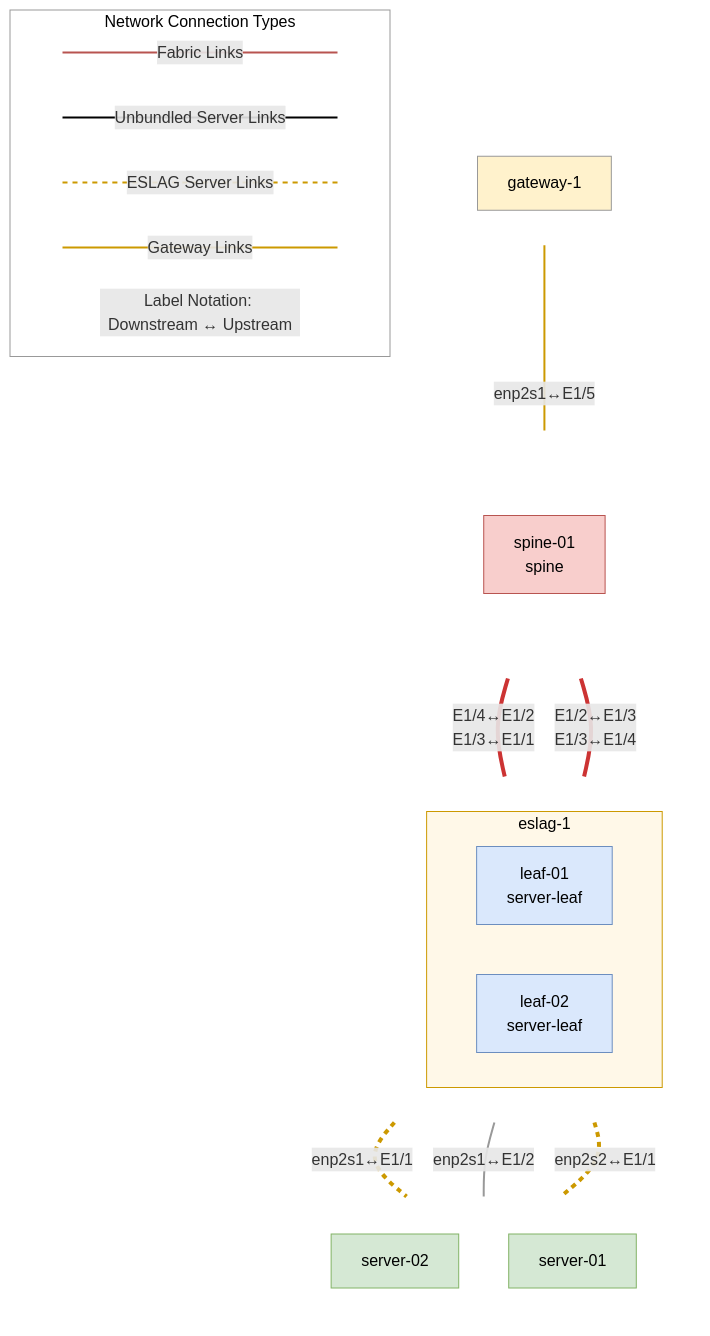
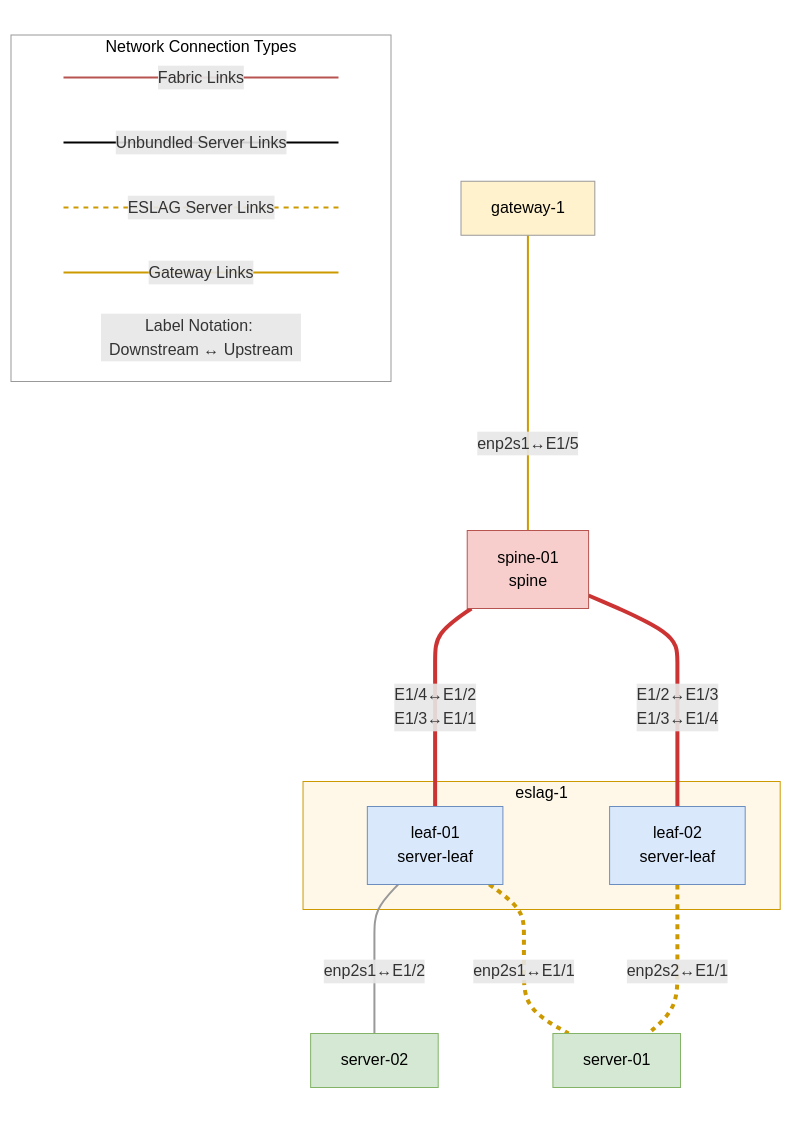
Before and after one commit to githedgehog/docs: the third of 3 diagrams in docs/vlab/running.md, drawn with Mermaid. The commit also changed other lines of this file and 2 other files, not shown here.

Commit message:
fix: mermaid rendering bug

```diff
--- a/docs/vlab/running.md
+++ b/docs/vlab/running.md
@@ -343,22 +343,22 @@
 
 %% Network diagram
 subgraph Gateways[" "]
-	direction LR
+	%%direction LR
 	Gateway_1["gateway-1"]
 end
 
 subgraph Spines[" "]
-	direction LR
+	%%direction LR
 	subgraph Spine_01_Group [" "]
-		direction TB
+		%%direction TB
 		Spine_01["spine-01<br>spine"]
 	end
 end
 
 subgraph Leaves[" "]
-	direction LR
+	%%direction LR
 	subgraph Eslag_1 ["eslag-1"]
-		direction LR
+		%%direction LR
 		Leaf_01["leaf-01<br>server-leaf"]
 		Leaf_02["leaf-02<br>server-leaf"]
 	end
@@ -366,7 +366,7 @@
 end
 
 subgraph Servers[" "]
-	direction TB
+	%%direction TB
 	Server_02["server-02"]
 	Server_01["server-01"]
 end
@@ -391,7 +391,7 @@
 %% External connections
 
 subgraph Legend["Network Connection Types"]
-	direction LR
+	%%direction LR
 	%% Create invisible nodes for the start and end of each line
 	L1(( )) --- |"Fabric Links"| L2(( ))
 	L7(( )) --- |"Unbundled Server Links"| L8(( ))
```
